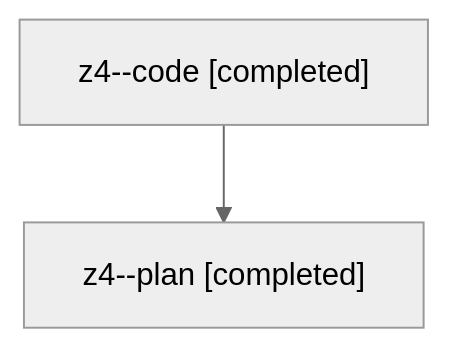
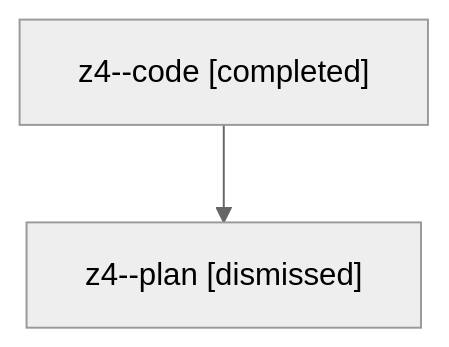
Before and after one commit to bobs-org/bob-cli--agents: the diagram in families/bbugyi200.athena.z4.md, drawn with Mermaid (neutral theme). The commit also changed other lines of this file and 21 other files, not shown here.

````diff
--- a/families/bbugyi200.athena.z4.md
+++ b/families/bbugyi200.athena.z4.md
@@ -9,6 +9,6 @@
 ```mermaid
 flowchart TD
   n0["z4--code [completed]"]
-  n1["z4--plan [completed]"]
+  n1["z4--plan [dismissed]"]
   n0 --> n1
 ```
````
